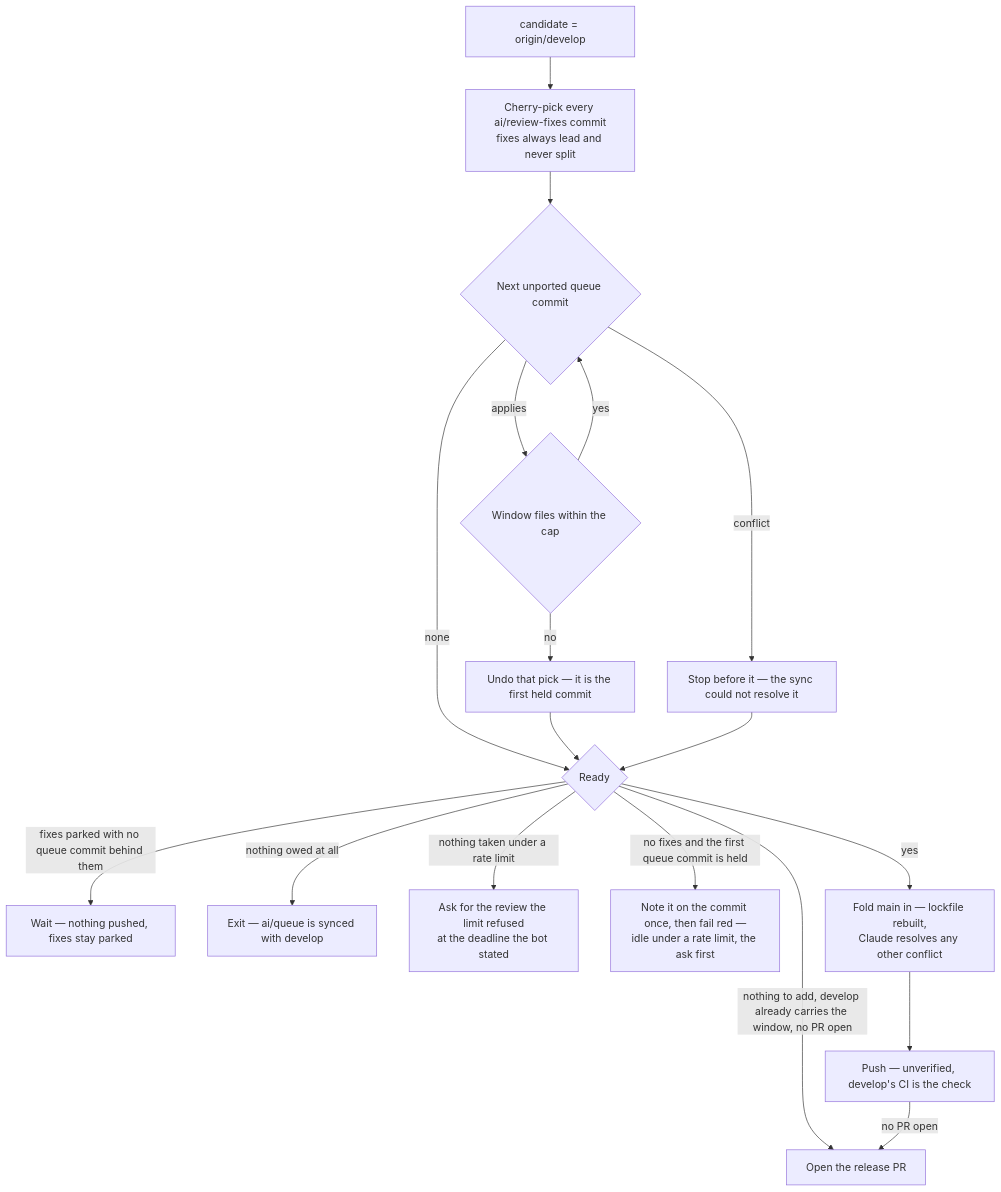
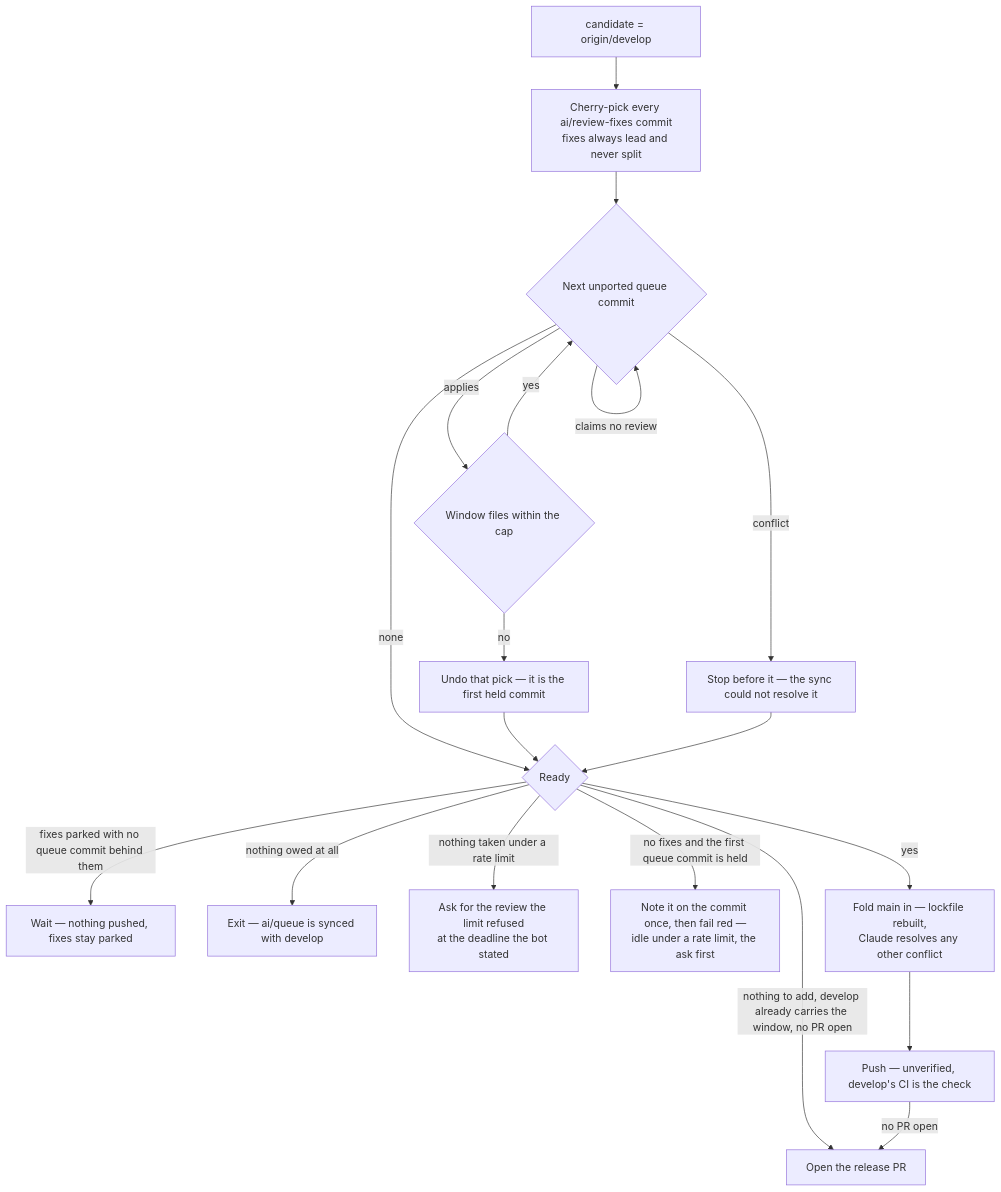
Before and after one commit to Esposter/Esposter: the fourth of 4 diagrams in apps/web/content/docs/infra/review-collector/collection-cycle.md, drawn with Mermaid. The commit also changed other lines of this file and 9 other files, not shown here.

````diff
--- a/apps/web/content/docs/infra/review-collector/collection-cycle.md
+++ b/apps/web/content/docs/infra/review-collector/collection-cycle.md
@@ -119,19 +119,20 @@
 ```mermaid
 flowchart TD
   C[candidate = origin/develop] --> FX[Cherry-pick every ai/review-fixes commit<br/>fixes always lead and never split]
   FX --> Q{Next unported queue commit}
+  Q -->|claims no review| Q
   Q -->|none| RD
   Q -->|conflict| H[Stop before it — the sync could not resolve it]
   Q -->|applies| M{Window files within the cap}
   M -->|yes| Q
   M -->|no| U[Undo that pick — it is the first held commit]
   U --> RD
   H --> RD{Ready}
   RD -->|fixes parked with no queue commit behind them| W[Wait — nothing pushed, fixes stay parked]
   RD -->|nothing owed at all| N[Exit — ai/queue is synced with develop]
   RD -->|nothing taken under a rate limit| AK[Ask for the review the limit refused<br/>at the deadline the bot stated]
   RD -->|no fixes and the first queue commit is held| F[Note it on the commit once, then fail red —<br/>idle under a rate limit, the ask first]
   RD -->|nothing to add, develop already carries the window, no PR open| OP[Open the release PR]
   RD -->|yes| FM[Fold main in — lockfile rebuilt,<br/>Claude resolves any other conflict] --> P[Push — unverified, develop's CI is the check]
   P -->|no PR open| OP
 ```
````
